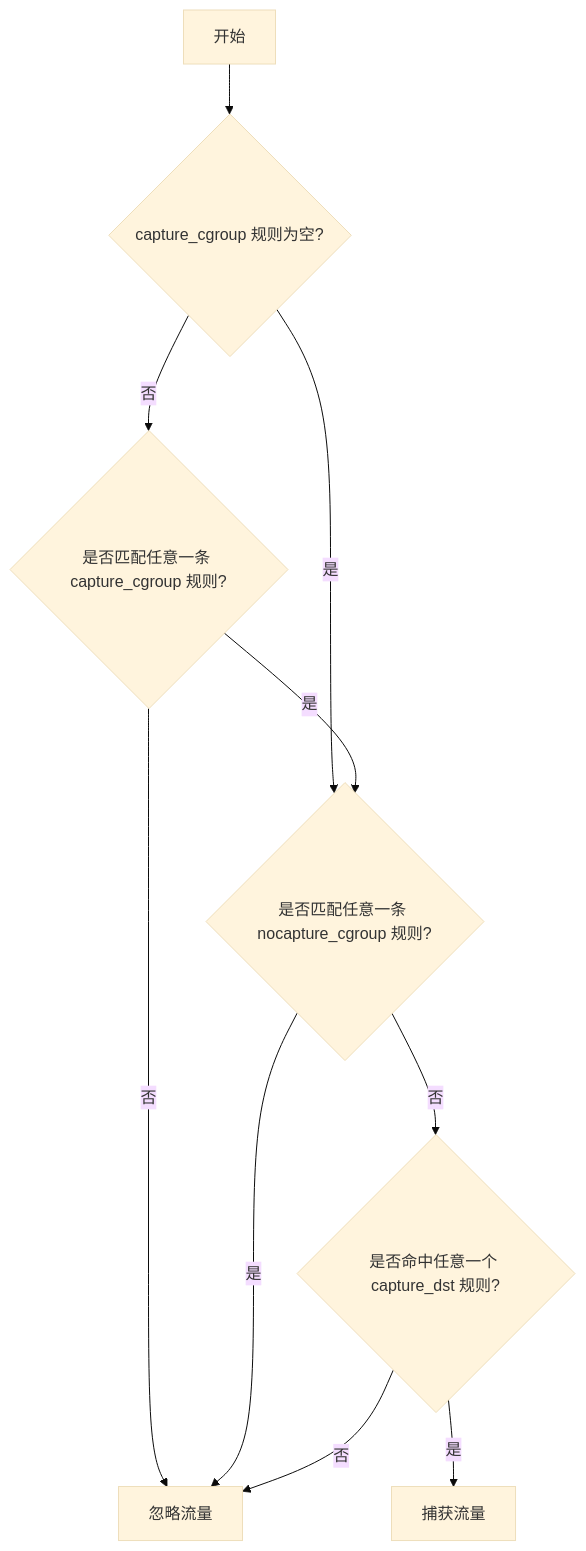
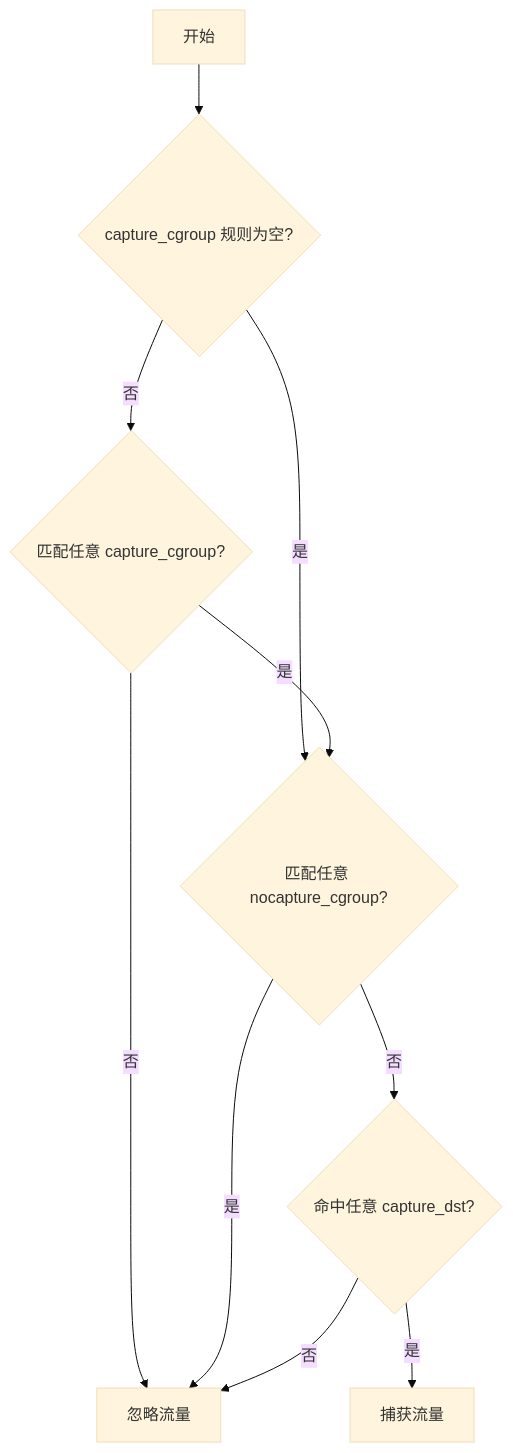
One commit to inclavare-containers/TNG changed the first of 2 diagrams in docs/configuration_zh.md. Above: the diagram before and after it, drawn with Mermaid (base theme). The commit also changed other lines of this file and 5 other files, not shown here.

````diff
--- a/docs/configuration_zh.md
+++ b/docs/configuration_zh.md
@@ -248,12 +307,12 @@
 ```mermaid
 flowchart TD
     A[开始] --> G{capture_cgroup 规则为空?}
     G --是--> D
-    G --否--> B{是否匹配任意一条 capture_cgroup 规则?}
+    G --否--> B{匹配任意 capture_cgroup?}
     B --否--> C[忽略流量]
-    B --是--> D{是否匹配任意一条 nocapture_cgroup 规则?}
+    B --是--> D{匹配任意 nocapture_cgroup?}
     D --是--> C
-    D --否--> E{是否命中任意一个 capture_dst 规则?}
+    D --否--> E{命中任意 capture_dst?}
     E --是--> F[捕获流量]
     E --否--> C
 ```
````
